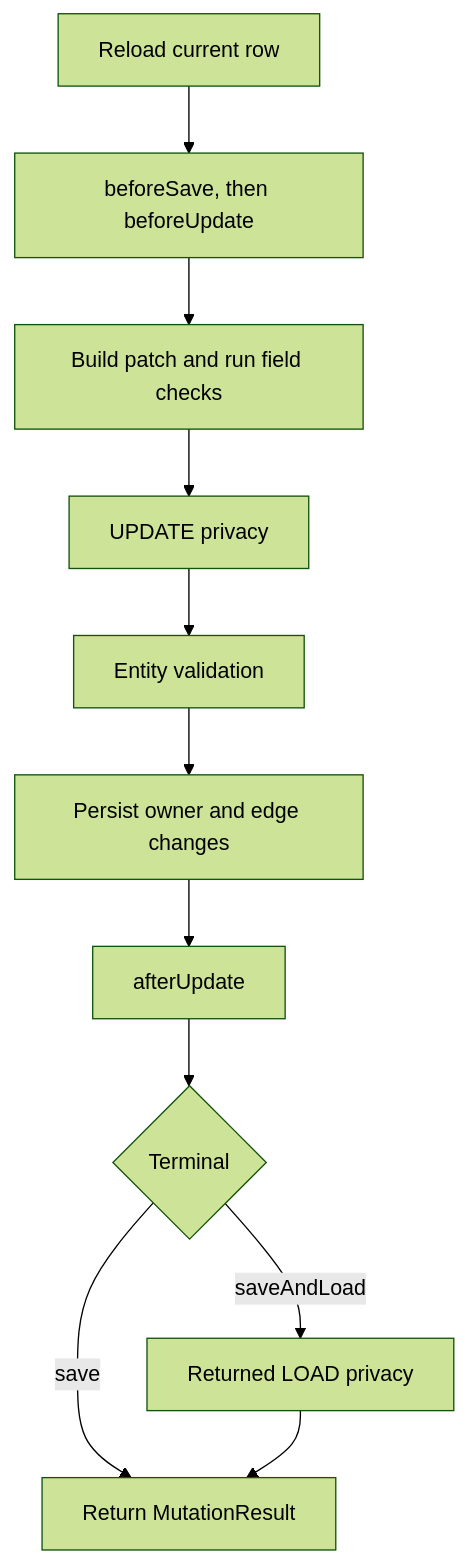
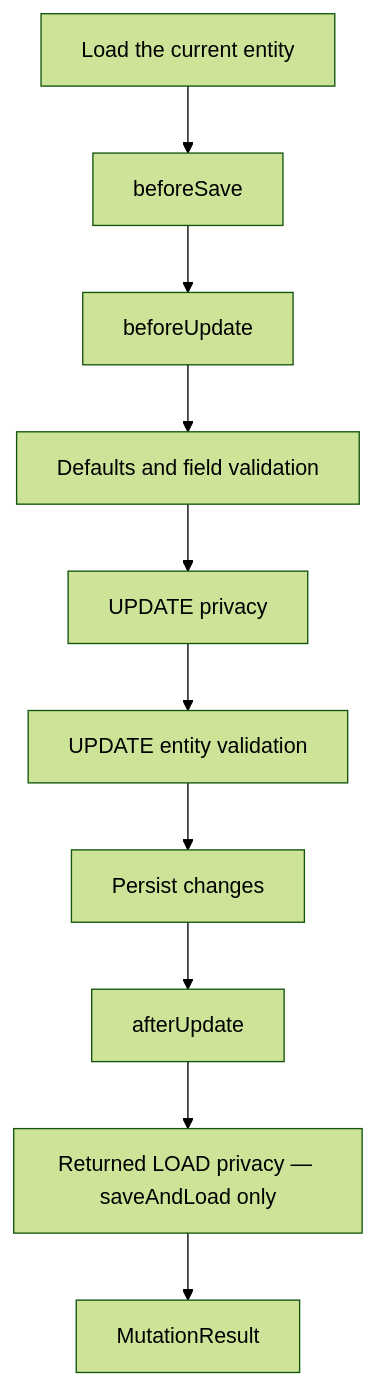
The third of 4 diagrams in docs/operation-lifecycle.md (CaseyMcGuire/EntKt), drawn with Mermaid (forest theme) before and after one commit. The commit also changed other lines of this file, not shown here.

````diff
--- a/docs/operation-lifecycle.md
+++ b/docs/operation-lifecycle.md
@@ -198,13 +152,12 @@
 ```mermaid
 flowchart TD
-    reload["Reload current row"] --> hooks["beforeSave, then beforeUpdate"]
-    hooks --> fields["Build patch and run field checks"]
+    current["Load the current entity"] --> beforeSave["beforeSave"]
+    beforeSave --> beforeUpdate["beforeUpdate"]
+    beforeUpdate --> fields["Defaults and field validation"]
     fields --> privacy["UPDATE privacy"]
-    privacy --> validation["Entity validation"]
-    validation --> write["Persist owner and edge changes"]
-    write --> after["afterUpdate"]
-    after --> terminal{"Terminal"}
-    terminal -- save --> result["Return MutationResult"]
-    terminal -- saveAndLoad --> load["Returned LOAD privacy"]
-    load --> result
+    privacy --> validation["UPDATE entity validation"]
+    validation --> update["Persist changes"]
+    update --> after["afterUpdate"]
+    after --> load["Returned LOAD privacy — saveAndLoad only"]
+    load --> result["MutationResult"]
 ```
````
